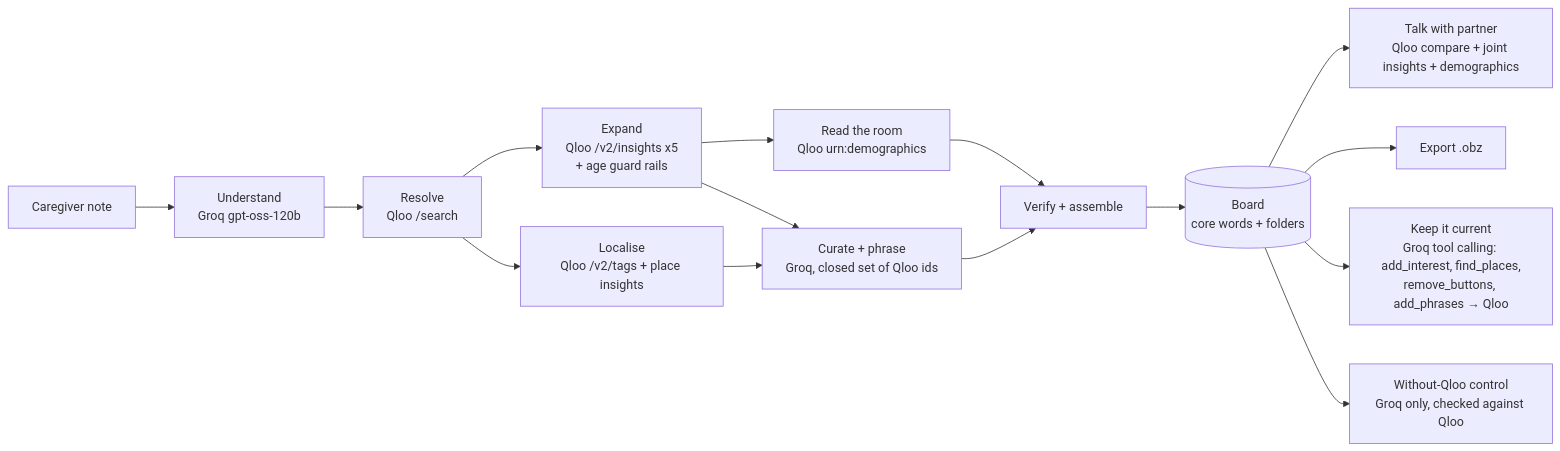
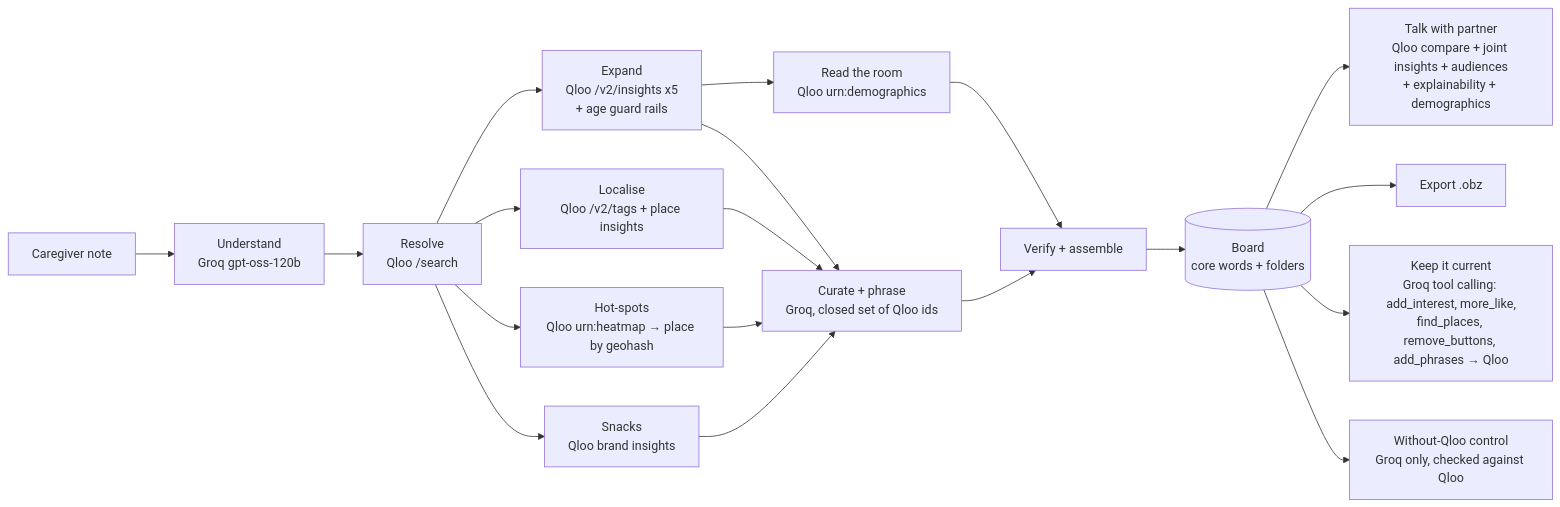
One commit to Arnav020/fringe changed the diagram in README.md. Above: the diagram before and after it, drawn with Mermaid. The commit also changed other lines of this file and 1 other file, not shown here.

Commit message:
Document new Qloo capabilities, research evidence and judge guide

````diff
--- a/README.md
+++ b/README.md
@@ -54,17 +65,21 @@
 ```mermaid
 flowchart LR
   A[Caregiver note] --> U[Understand<br/>Groq gpt-oss-120b]
   U --> R[Resolve<br/>Qloo /search]
   R --> E[Expand<br/>Qloo /v2/insights x5<br/>+ age guard rails]
   R --> L[Localise<br/>Qloo /v2/tags + place insights]
+  R --> H[Hot-spots<br/>Qloo urn:heatmap → place by geohash]
+  R --> S[Snacks<br/>Qloo brand insights]
   E --> D[Read the room<br/>Qloo urn:demographics]
+  H --> C
+  S --> C
   E --> C[Curate + phrase<br/>Groq, closed set of Qloo ids]
   L --> C
   D --> V[Verify + assemble]
   C --> V
   V --> B[(Board<br/>core words + folders)]
-  B --> P[Talk with partner<br/>Qloo compare + joint insights + demographics]
+  B --> P[Talk with partner<br/>Qloo compare + joint insights + audiences<br/>+ explainability + demographics]
   B --> X[Export .obz]
-  B --> K[Keep it current<br/>Groq tool calling: add_interest, find_places,<br/>remove_buttons, add_phrases → Qloo]
+  B --> K[Keep it current<br/>Groq tool calling: add_interest, more_like,<br/>find_places, remove_buttons, add_phrases → Qloo]
   B --> N[Without-Qloo control<br/>Groq only, checked against Qloo]
 ```
````
